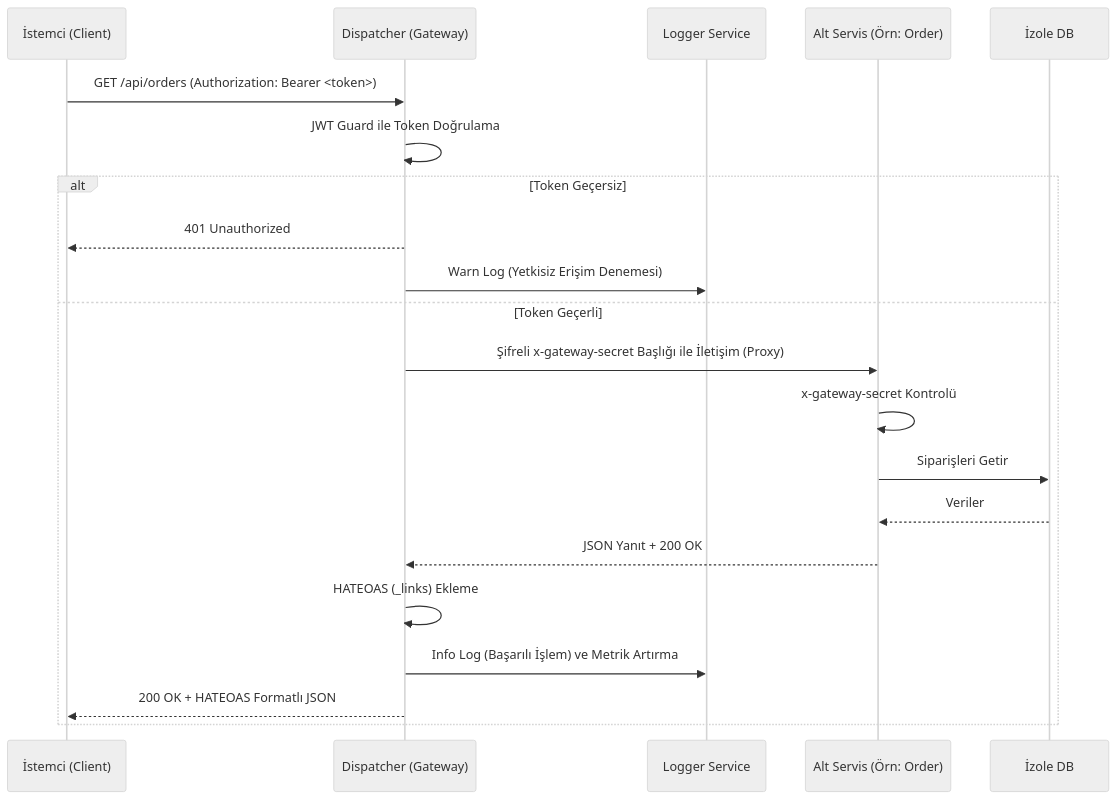
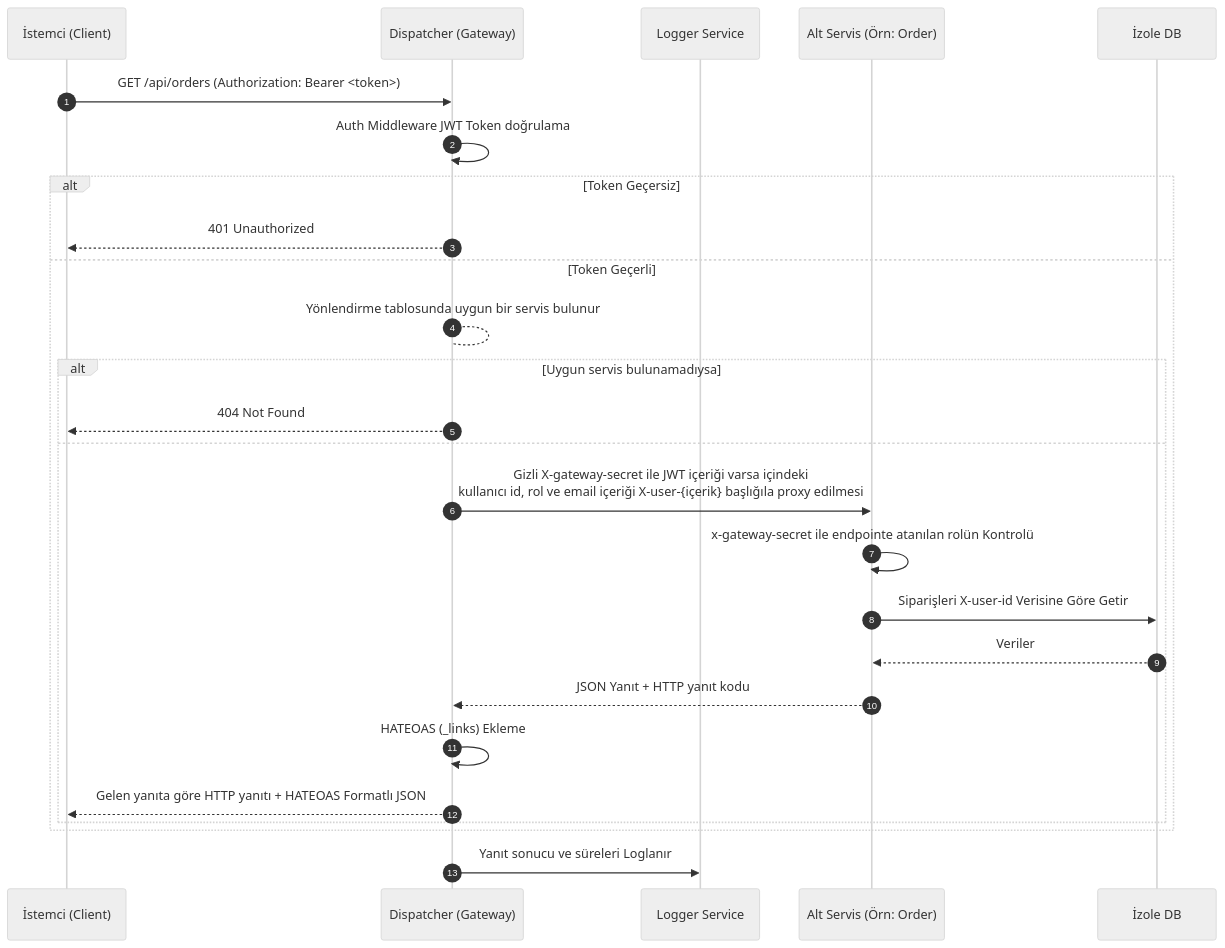
One commit to KingOfPlayer/e-ticaret changed the second of 5 diagrams in README.md. Above: the diagram before and after it, drawn with Mermaid (neutral theme). The commit also changed other lines of this file and 8 other files, not shown here.

````diff
--- a/README.md
+++ b/README.md
@@ -71,24 +174,29 @@
 ```mermaid
 sequenceDiagram
+    autonumber
     participant C as İstemci (Client)
     participant G as Dispatcher (Gateway)
     participant L as Logger Service
     participant S as Alt Servis (Örn: Order)
     participant DB as İzole DB
 
     C->>G: GET /api/orders (Authorization: Bearer <token>)
-    G->>G: JWT Guard ile Token Doğrulama
+    G->>G: Auth Middleware JWT Token doğrulama 
     alt Token Geçersiz
         G-->>C: 401 Unauthorized
-        G->>L: Warn Log (Yetkisiz Erişim Denemesi)
     else Token Geçerli
-        G->>S: Şifreli x-gateway-secret Başlığı ile İletişim (Proxy)
-        S->>S: x-gateway-secret Kontrolü
-        S->>DB: Siparişleri Getir
-        DB-->>S: Veriler
-        S-->>G: JSON Yanıt + 200 OK
-        G->>G: HATEOAS (_links) Ekleme
-        G->>L: Info Log (Başarılı İşlem) ve Metrik Artırma
-        G-->>C: 200 OK + HATEOAS Formatlı JSON
+        G-->G: Yönlendirme tablosunda uygun bir servis bulunur
+        alt Uygun servis bulunamadıysa 
+            G-->>C: 404 Not Found
+        else
+            G->>S: Gizli X-gateway-secret ile JWT içeriği varsa içindeki <br> kullanıcı id, rol ve email içeriği X-user-{içerik} başlığıla proxy edilmesi
+            S->>S: x-gateway-secret ile endpointe atanılan rolün Kontrolü
+            S->>DB: Siparişleri X-user-id Verisine Göre Getir
+            DB-->>S: Veriler
+            S-->>G: JSON Yanıt + HTTP yanıt kodu
+            G->>G: HATEOAS (_links) Ekleme
+            G-->>C: Gelen yanıta göre HTTP yanıtı + HATEOAS Formatlı JSON
+        end
     end
+     G->>L: Yanıt sonucu ve süreleri Loglanır 
 ```
````
